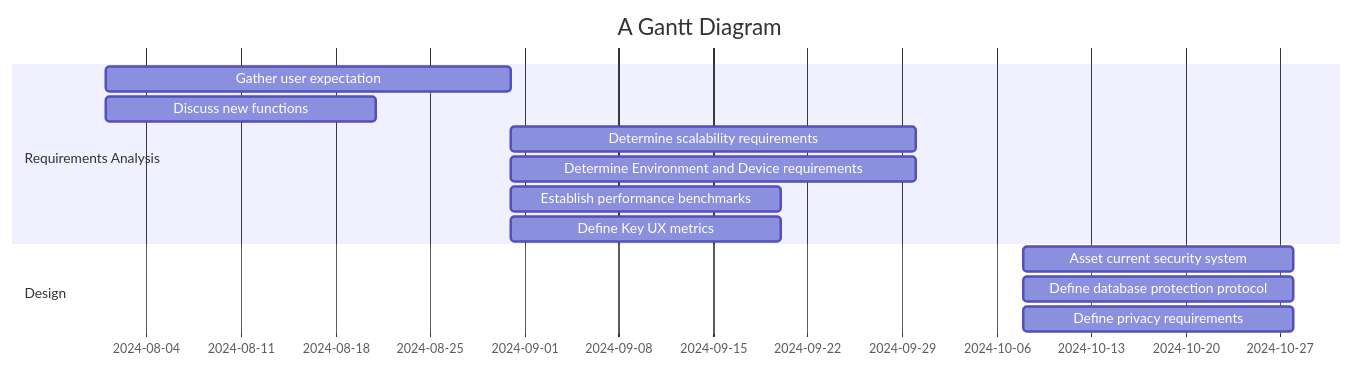
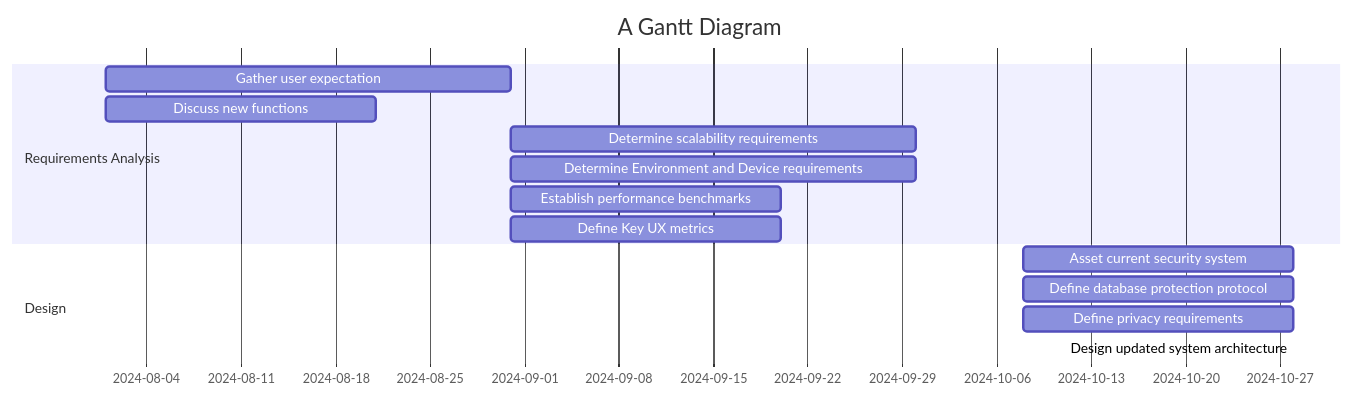
One commit to sayshelley/iodraw-files changed the diagram in all/Untitled-2.md. Above: the diagram before and after it, drawn with Mermaid.

Commit message:
2024-10-05 00:21:38 update

````diff
--- a/all/Untitled-2.md
+++ b/all/Untitled-2.md
@@ -1,26 +1,27 @@
 ```mermaid
 gantt
     title A Gantt Diagram
     dateFormat  YYYY-MM-DD
     section Requirements Analysis
         Gather user expectation: a4, 2024-08-01, 30d
         Discuss new functions: a6, 2024-08-01, 20d
         Determine scalability requirements: a1, after a4, 30d
         Determine Environment and Device requirements: a2, after a4, 30d
         Establish performance benchmarks: a3, after a4, 20d
         Define Key UX metrics: a5, after a4, 20d
         
     section Design
         Asset current security system: b1, 2024-10-08, 20d
         Define database protection protocol: b2, 2024-10-08, 20d
         Define privacy requirements: b3, 2024-10-08, 20d
+        Design updated system architecture: b
 
 
     section Develop
 
 
     
 
 
    
 ```
````
